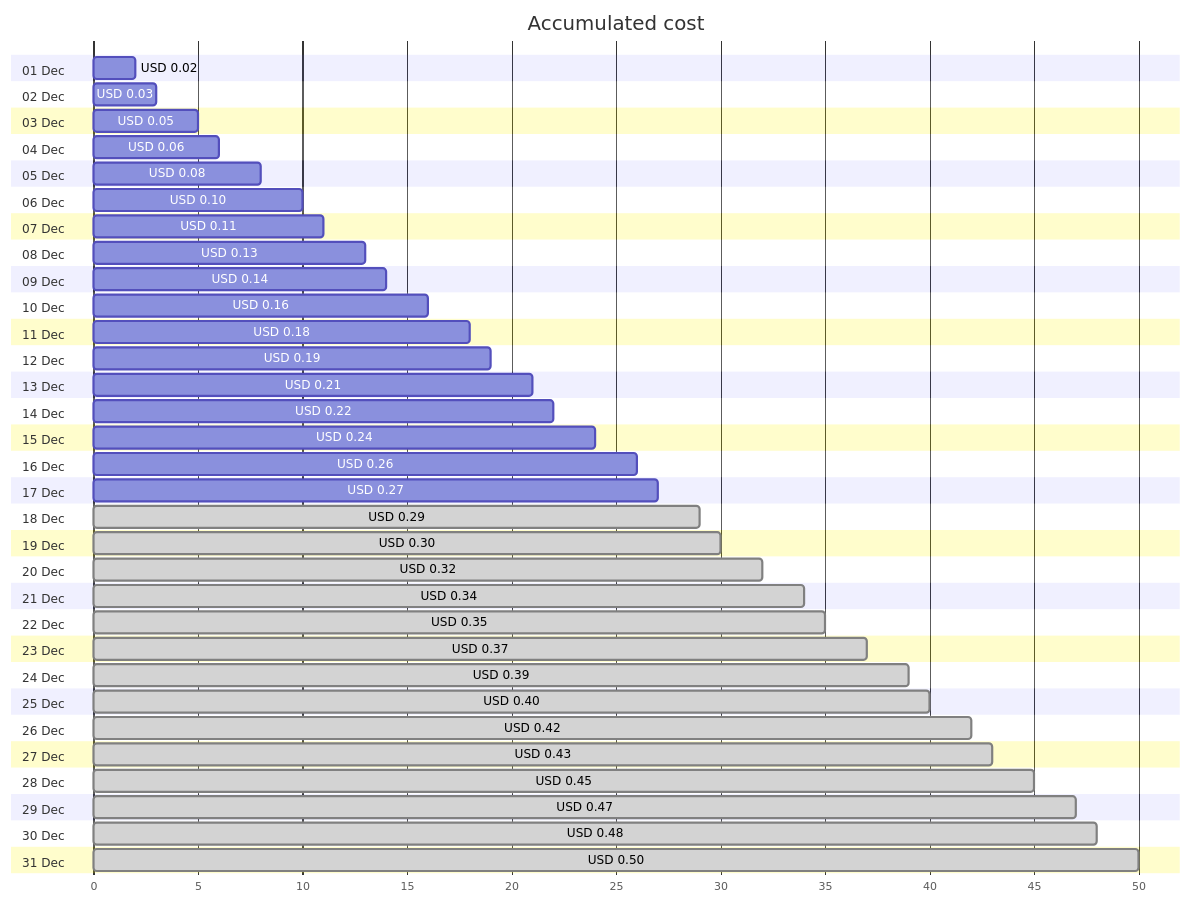
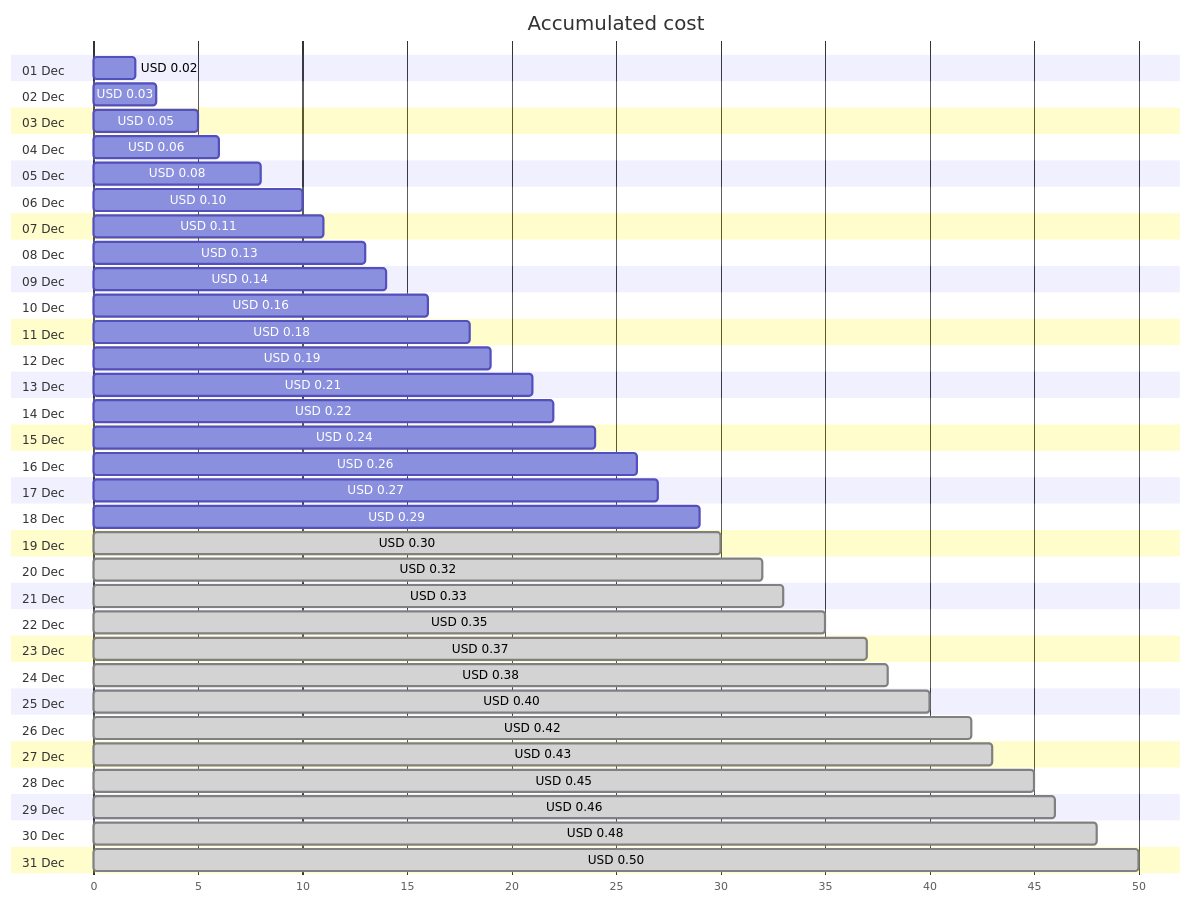
One commit to jpfulton/azure-personal-reports changed the first of 4 diagrams in cost-reports/personal-network/private.jpatrickfulton.com.md. Above: the diagram before and after it, drawn with Mermaid. The commit also changed other lines of this file and 8 other files, not shown here.

````diff
--- a/cost-reports/personal-network/private.jpatrickfulton.com.md
+++ b/cost-reports/personal-network/private.jpatrickfulton.com.md
@@ -20,68 +20,68 @@
 ```mermaid
 gantt
    title Accumulated cost
    dateFormat  X
    axisFormat %s
    section 01 Dec
    USD 0.02 :0, 2
    section 02 Dec
    USD 0.03 :0, 3
    section 03 Dec
    USD 0.05 :0, 5
    section 04 Dec
    USD 0.06 :0, 6
    section 05 Dec
    USD 0.08 :0, 8
    section 06 Dec
    USD 0.10 :0, 10
    section 07 Dec
    USD 0.11 :0, 11
    section 08 Dec
    USD 0.13 :0, 13
    section 09 Dec
    USD 0.14 :0, 14
    section 10 Dec
    USD 0.16 :0, 16
    section 11 Dec
    USD 0.18 :0, 18
    section 12 Dec
    USD 0.19 :0, 19
    section 13 Dec
    USD 0.21 :0, 21
    section 14 Dec
    USD 0.22 :0, 22
    section 15 Dec
    USD 0.24 :0, 24
    section 16 Dec
    USD 0.26 :0, 26
    section 17 Dec
    USD 0.27 :0, 27
    section 18 Dec
-   USD 0.29 : done, 0, 29
+   USD 0.29 :0, 29
    section 19 Dec
    USD 0.30 : done, 0, 30
    section 20 Dec
    USD 0.32 : done, 0, 32
    section 21 Dec
-   USD 0.34 : done, 0, 34
+   USD 0.33 : done, 0, 33
    section 22 Dec
    USD 0.35 : done, 0, 35
    section 23 Dec
    USD 0.37 : done, 0, 37
    section 24 Dec
-   USD 0.39 : done, 0, 39
+   USD 0.38 : done, 0, 38
    section 25 Dec
    USD 0.40 : done, 0, 40
    section 26 Dec
    USD 0.42 : done, 0, 42
    section 27 Dec
    USD 0.43 : done, 0, 43
    section 28 Dec
    USD 0.45 : done, 0, 45
    section 29 Dec
-   USD 0.47 : done, 0, 47
+   USD 0.46 : done, 0, 46
    section 30 Dec
    USD 0.48 : done, 0, 48
    section 31 Dec
    USD 0.50 : done, 0, 50
 ```
````
